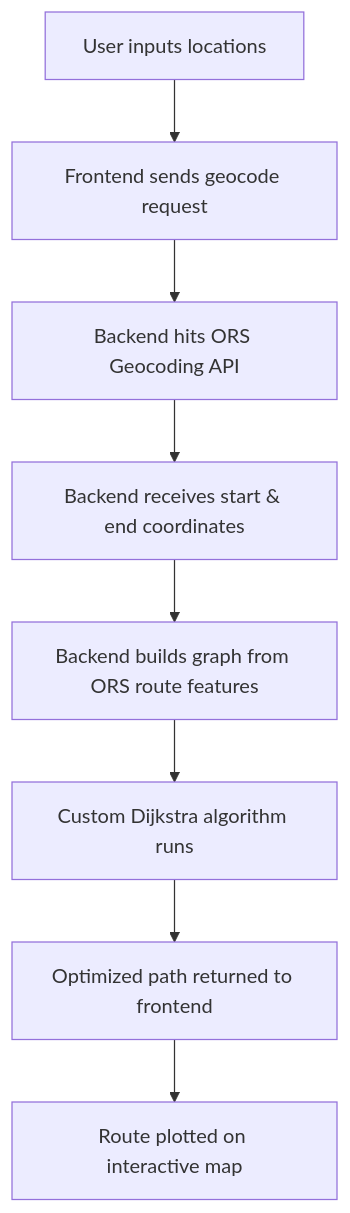
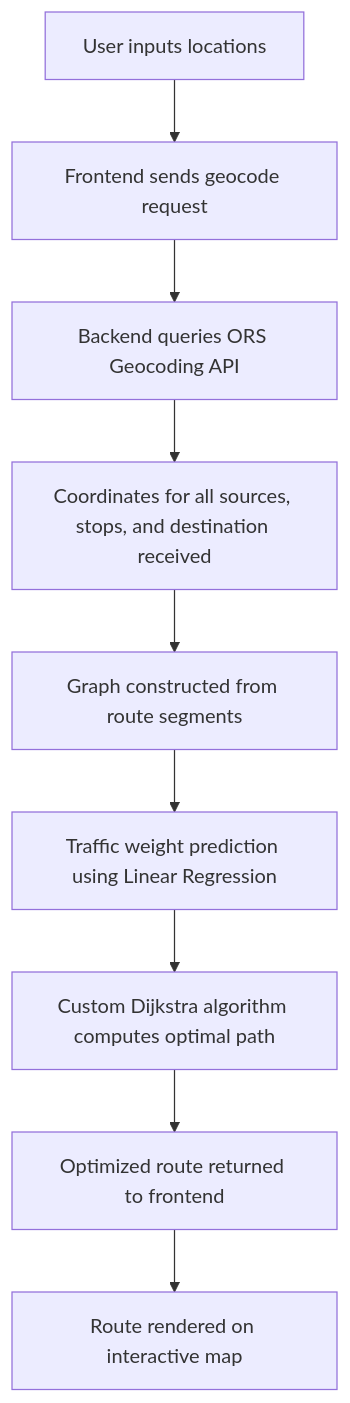
One commit to jhanvi857/route-optimizer changed the diagram in README.md. Above: the diagram before and after it, drawn with Mermaid. The commit also changed other lines of this file and 2 other files, not shown here.

````diff
--- a/README.md
+++ b/README.md
@@ -9,10 +9,11 @@
 ```mermaid
 graph TD
     A[User inputs locations] --> B[Frontend sends geocode request]
-    B --> C[Backend hits ORS Geocoding API]
-    C --> D[Backend receives start & end coordinates]
-    D --> E[Backend builds graph from ORS route features]
-    E --> F[Custom Dijkstra algorithm runs]
-    F --> G[Optimized path returned to frontend]
-    G --> H[Route plotted on interactive map]
+    B --> C[Backend queries ORS Geocoding API]
+    C --> D[Coordinates for all sources, stops, and destination received]
+    D --> E[Graph constructed from route segments]
+    E --> F[Traffic weight prediction using Linear Regression]
+    F --> G[Custom Dijkstra algorithm computes optimal path]
+    G --> H[Optimized route returned to frontend]
+    H --> I[Route rendered on interactive map]
 ```
````
